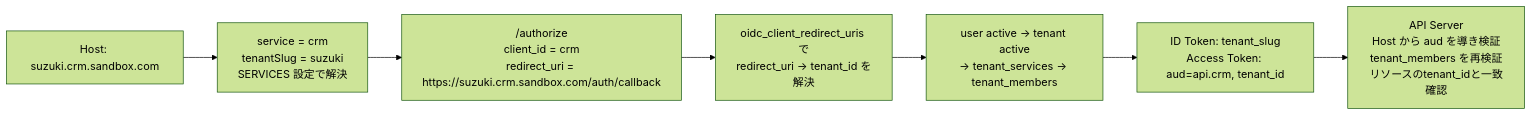
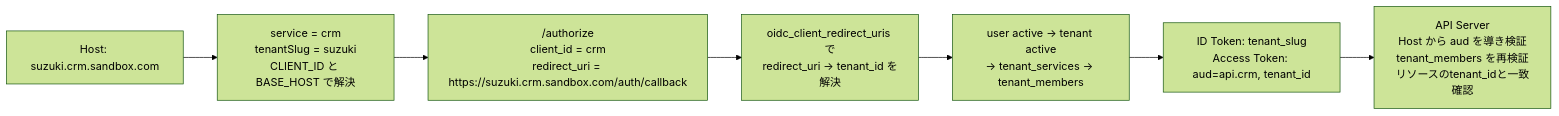
Before and after one commit to daisuke-tanabe/multi-domain-sandbox: the second of 2 diagrams in docs/design/01-system-architecture.md, drawn with Mermaid (forest theme). The commit also changed other lines of this file and 144 other files, not shown here.

````diff
--- a/docs/design/01-system-architecture.md
+++ b/docs/design/01-system-architecture.md
@@ -121,9 +123,9 @@
 ```mermaid
 flowchart LR
-    Host["Host: suzuki.crm.sandbox.com"] --> Resolve["service = crm<br/>tenantSlug = suzuki<br/>SERVICES 設定で解決"]
+    Host["Host: suzuki.crm.sandbox.com"] --> Resolve["service = crm<br/>tenantSlug = suzuki<br/>CLIENT_ID と BASE_HOST で解決"]
     Resolve --> Req["/authorize<br/>client_id = crm<br/>redirect_uri = https://suzuki.crm.sandbox.com/auth/callback"]
     Req --> Tenant["oidc_client_redirect_uris で<br/>redirect_uri → tenant_id を解決"]
     Tenant --> Check["user active → tenant active<br/>→ tenant_services → tenant_members"]
     Check --> Token["ID Token: tenant_slug<br/>Access Token: aud=api.crm, tenant_id"]
     Token --> Api["API Server<br/>Host から aud を導き検証<br/>tenant_members を再検証<br/>リソースのtenant_idと一致確認"]
 ```
````
